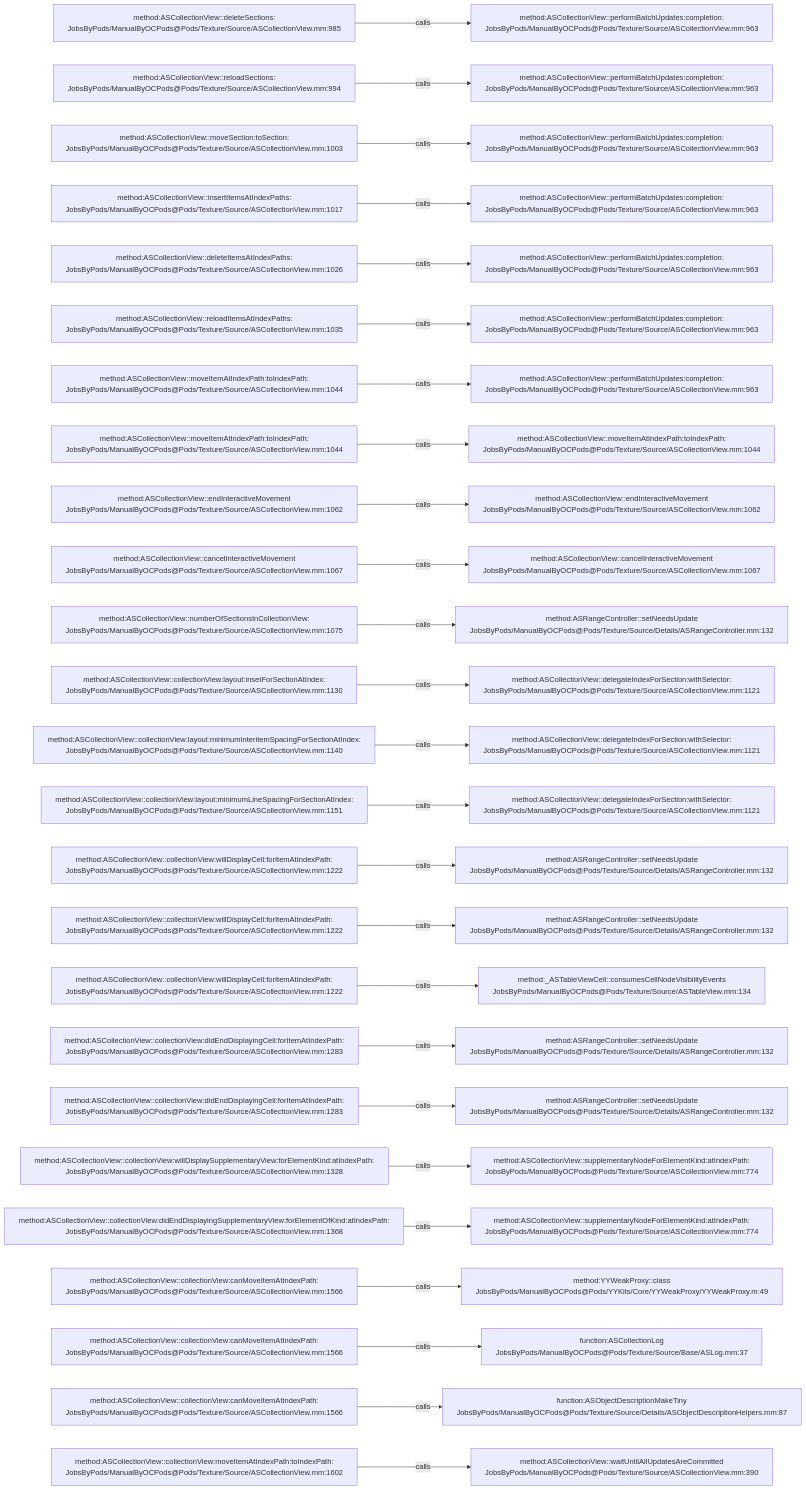
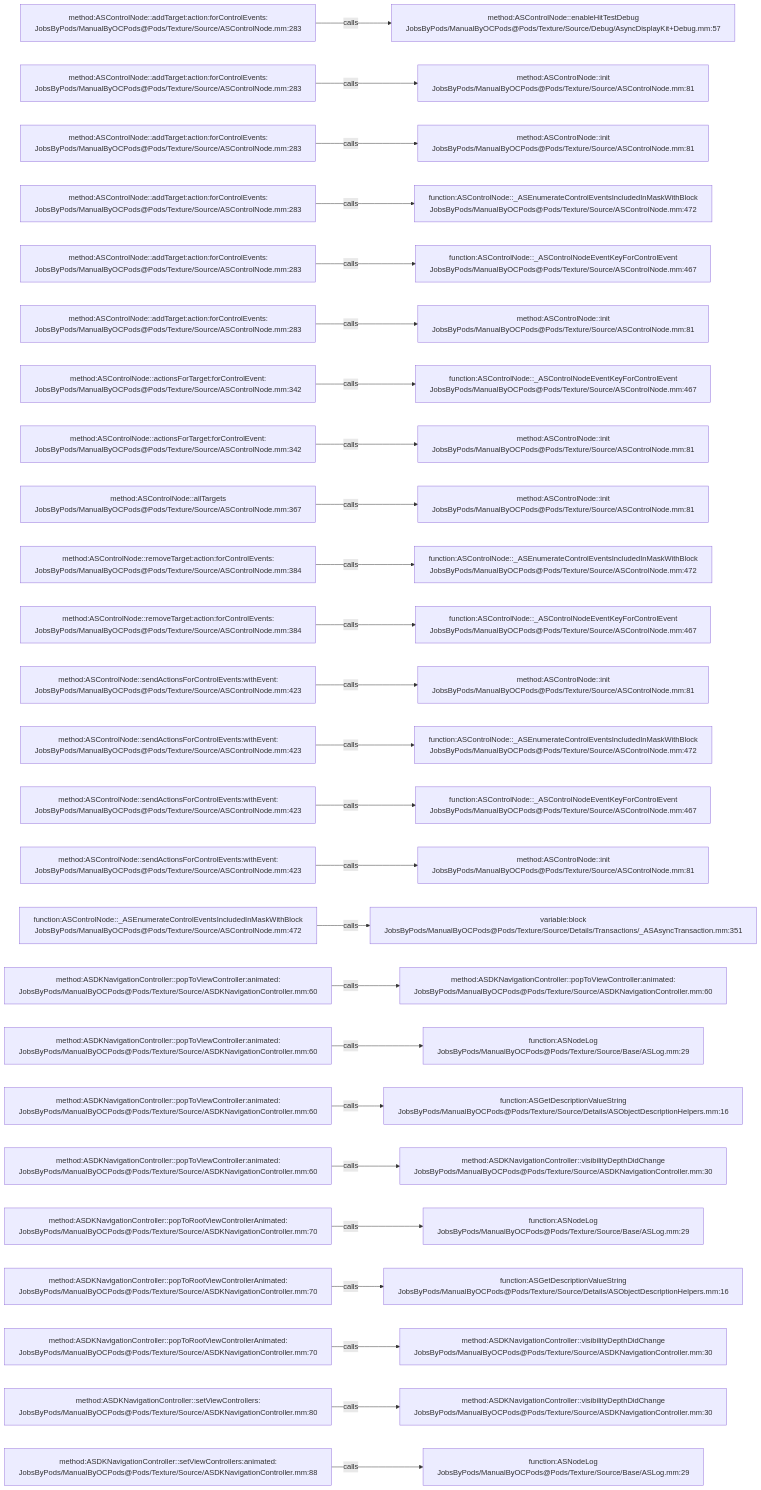
One commit to JobsKits/JobsOCBaseConfigDemo changed the diagram in .codegraph/codegraph.md/graphs/calls-089.md. Above: the diagram before and after it, drawn with Mermaid. The commit also changed 1223 other files, not shown here.

````diff
--- a/.codegraph/codegraph.md/graphs/calls-089.md
+++ b/.codegraph/codegraph.md/graphs/calls-089.md
@@ -13,78 +13,78 @@
 ```mermaid
 flowchart LR
-  S1["method:ASCollectionView::deleteSections:<br/>JobsByPods/ManualByOCPods@Pods/Texture/Source/ASCollectionView.mm:985"]
-  T1["method:ASCollectionView::performBatchUpdates:completion:<br/>JobsByPods/ManualByOCPods@Pods/Texture/Source/ASCollectionView.mm:963"]
+  S1["method:ASControlNode::addTarget:action:forControlEvents:<br/>JobsByPods/ManualByOCPods@Pods/Texture/Source/ASControlNode.mm:283"]
+  T1["method:ASControlNode::enableHitTestDebug<br/>JobsByPods/ManualByOCPods@Pods/Texture/Source/Debug/AsyncDisplayKit+Debug.mm:57"]
   S1 -->|calls| T1
-  S2["method:ASCollectionView::reloadSections:<br/>JobsByPods/ManualByOCPods@Pods/Texture/Source/ASCollectionView.mm:994"]
-  T2["method:ASCollectionView::performBatchUpdates:completion:<br/>JobsByPods/ManualByOCPods@Pods/Texture/Source/ASCollectionView.mm:963"]
+  S2["method:ASControlNode::addTarget:action:forControlEvents:<br/>JobsByPods/ManualByOCPods@Pods/Texture/Source/ASControlNode.mm:283"]
+  T2["method:ASControlNode::init<br/>JobsByPods/ManualByOCPods@Pods/Texture/Source/ASControlNode.mm:81"]
   S2 -->|calls| T2
-  S3["method:ASCollectionView::moveSection:toSection:<br/>JobsByPods/ManualByOCPods@Pods/Texture/Source/ASCollectionView.mm:1003"]
-  T3["method:ASCollectionView::performBatchUpdates:completion:<br/>JobsByPods/ManualByOCPods@Pods/Texture/Source/ASCollectionView.mm:963"]
+  S3["method:ASControlNode::addTarget:action:forControlEvents:<br/>JobsByPods/ManualByOCPods@Pods/Texture/Source/ASControlNode.mm:283"]
+  T3["method:ASControlNode::init<br/>JobsByPods/ManualByOCPods@Pods/Texture/Source/ASControlNode.mm:81"]
   S3 -->|calls| T3
-  S4["method:ASCollectionView::insertItemsAtIndexPaths:<br/>JobsByPods/ManualByOCPods@Pods/Texture/Source/ASCollectionView.mm:1017"]
-  T4["method:ASCollectionView::performBatchUpdates:completion:<br/>JobsByPods/ManualByOCPods@Pods/Texture/Source/ASCollectionView.mm:963"]
+  S4["method:ASControlNode::addTarget:action:forControlEvents:<br/>JobsByPods/ManualByOCPods@Pods/Texture/Source/ASControlNode.mm:283"]
+  T4["function:ASControlNode::_ASEnumerateControlEventsIncludedInMaskWithBlock<br/>JobsByPods/ManualByOCPods@Pods/Texture/Source/ASControlNode.mm:472"]
   S4 -->|calls| T4
-  S5["method:ASCollectionView::deleteItemsAtIndexPaths:<br/>JobsByPods/ManualByOCPods@Pods/Texture/Source/ASCollectionView.mm:1026"]
-  T5["method:ASCollectionView::performBatchUpdates:completion:<br/>JobsByPods/ManualByOCPods@Pods/Texture/Source/ASCollectionView.mm:963"]
+  S5["method:ASControlNode::addTarget:action:forControlEvents:<br/>JobsByPods/ManualByOCPods@Pods/Texture/Source/ASControlNode.mm:283"]
+  T5["function:ASControlNode::_ASControlNodeEventKeyForControlEvent<br/>JobsByPods/ManualByOCPods@Pods/Texture/Source/ASControlNode.mm:467"]
   S5 -->|calls| T5
-  S6["method:ASCollectionView::reloadItemsAtIndexPaths:<br/>JobsByPods/ManualByOCPods@Pods/Texture/Source/ASCollectionView.mm:1035"]
-  T6["method:ASCollectionView::performBatchUpdates:completion:<br/>JobsByPods/ManualByOCPods@Pods/Texture/Source/ASCollectionView.mm:963"]
+  S6["method:ASControlNode::addTarget:action:forControlEvents:<br/>JobsByPods/ManualByOCPods@Pods/Texture/Source/ASControlNode.mm:283"]
+  T6["method:ASControlNode::init<br/>JobsByPods/ManualByOCPods@Pods/Texture/Source/ASControlNode.mm:81"]
   S6 -->|calls| T6
-  S7["method:ASCollectionView::moveItemAtIndexPath:toIndexPath:<br/>JobsByPods/ManualByOCPods@Pods/Texture/Source/ASCollectionView.mm:1044"]
-  T7["method:ASCollectionView::performBatchUpdates:completion:<br/>JobsByPods/ManualByOCPods@Pods/Texture/Source/ASCollectionView.mm:963"]
+  S7["method:ASControlNode::actionsForTarget:forControlEvent:<br/>JobsByPods/ManualByOCPods@Pods/Texture/Source/ASControlNode.mm:342"]
+  T7["function:ASControlNode::_ASControlNodeEventKeyForControlEvent<br/>JobsByPods/ManualByOCPods@Pods/Texture/Source/ASControlNode.mm:467"]
   S7 -->|calls| T7
-  S8["method:ASCollectionView::moveItemAtIndexPath:toIndexPath:<br/>JobsByPods/ManualByOCPods@Pods/Texture/Source/ASCollectionView.mm:1044"]
-  T8["method:ASCollectionView::moveItemAtIndexPath:toIndexPath:<br/>JobsByPods/ManualByOCPods@Pods/Texture/Source/ASCollectionView.mm:1044"]
+  S8["method:ASControlNode::actionsForTarget:forControlEvent:<br/>JobsByPods/ManualByOCPods@Pods/Texture/Source/ASControlNode.mm:342"]
+  T8["method:ASControlNode::init<br/>JobsByPods/ManualByOCPods@Pods/Texture/Source/ASControlNode.mm:81"]
   S8 -->|calls| T8
-  S9["method:ASCollectionView::endInteractiveMovement<br/>JobsByPods/ManualByOCPods@Pods/Texture/Source/ASCollectionView.mm:1062"]
-  T9["method:ASCollectionView::endInteractiveMovement<br/>JobsByPods/ManualByOCPods@Pods/Texture/Source/ASCollectionView.mm:1062"]
+  S9["method:ASControlNode::allTargets<br/>JobsByPods/ManualByOCPods@Pods/Texture/Source/ASControlNode.mm:367"]
+  T9["method:ASControlNode::init<br/>JobsByPods/ManualByOCPods@Pods/Texture/Source/ASControlNode.mm:81"]
   S9 -->|calls| T9
-  S10["method:ASCollectionView::cancelInteractiveMovement<br/>JobsByPods/ManualByOCPods@Pods/Texture/Source/ASCollectionView.mm:1067"]
-  T10["method:ASCollectionView::cancelInteractiveMovement<br/>JobsByPods/ManualByOCPods@Pods/Texture/Source/ASCollectionView.mm:1067"]
+  S10["method:ASControlNode::removeTarget:action:forControlEvents:<br/>JobsByPods/ManualByOCPods@Pods/Texture/Source/ASControlNode.mm:384"]
+  T10["function:ASControlNode::_ASEnumerateControlEventsIncludedInMaskWithBlock<br/>JobsByPods/ManualByOCPods@Pods/Texture/Source/ASControlNode.mm:472"]
   S10 -->|calls| T10
-  S11["method:ASCollectionView::numberOfSectionsInCollectionView:<br/>JobsByPods/ManualByOCPods@Pods/Texture/Source/ASCollectionView.mm:1075"]
-  T11["method:ASRangeController::setNeedsUpdate<br/>JobsByPods/ManualByOCPods@Pods/Texture/Source/Details/ASRangeController.mm:132"]
+  S11["method:ASControlNode::removeTarget:action:forControlEvents:<br/>JobsByPods/ManualByOCPods@Pods/Texture/Source/ASControlNode.mm:384"]
+  T11["function:ASControlNode::_ASControlNodeEventKeyForControlEvent<br/>JobsByPods/ManualByOCPods@Pods/Texture/Source/ASControlNode.mm:467"]
   S11 -->|calls| T11
-  S12["method:ASCollectionView::collectionView:layout:insetForSectionAtIndex:<br/>JobsByPods/ManualByOCPods@Pods/Texture/Source/ASCollectionView.mm:1130"]
-  T12["method:ASCollectionView::delegateIndexForSection:withSelector:<br/>JobsByPods/ManualByOCPods@Pods/Texture/Source/ASCollectionView.mm:1121"]
+  S12["method:ASControlNode::sendActionsForControlEvents:withEvent:<br/>JobsByPods/ManualByOCPods@Pods/Texture/Source/ASControlNode.mm:423"]
+  T12["method:ASControlNode::init<br/>JobsByPods/ManualByOCPods@Pods/Texture/Source/ASControlNode.mm:81"]
   S12 -->|calls| T12
-  S13["method:ASCollectionView::collectionView:layout:minimumInteritemSpacingForSectionAtIndex:<br/>JobsByPods/ManualByOCPods@Pods/Texture/Source/ASCollectionView.mm:1140"]
-  T13["method:ASCollectionView::delegateIndexForSection:withSelector:<br/>JobsByPods/ManualByOCPods@Pods/Texture/Source/ASCollectionView.mm:1121"]
+  S13["method:ASControlNode::sendActionsForControlEvents:withEvent:<br/>JobsByPods/ManualByOCPods@Pods/Texture/Source/ASControlNode.mm:423"]
+  T13["function:ASControlNode::_ASEnumerateControlEventsIncludedInMaskWithBlock<br/>JobsByPods/ManualByOCPods@Pods/Texture/Source/ASControlNode.mm:472"]
   S13 -->|calls| T13
-  S14["method:ASCollectionView::collectionView:layout:minimumLineSpacingForSectionAtIndex:<br/>JobsByPods/ManualByOCPods@Pods/Texture/Source/ASCollectionView.mm:1151"]
-  T14["method:ASCollectionView::delegateIndexForSection:withSelector:<br/>JobsByPods/ManualByOCPods@Pods/Texture/Source/ASCollectionView.mm:1121"]
+  S14["method:ASControlNode::sendActionsForControlEvents:withEvent:<br/>JobsByPods/ManualByOCPods@Pods/Texture/Source/ASControlNode.mm:423"]
+  T14["function:ASControlNode::_ASControlNodeEventKeyForControlEvent<br/>JobsByPods/ManualByOCPods@Pods/Texture/Source/ASControlNode.mm:467"]
   S14 -->|calls| T14
-  S15["method:ASCollectionView::collectionView:willDisplayCell:forItemAtIndexPath:<br/>JobsByPods/ManualByOCPods@Pods/Texture/Source/ASCollectionView.mm:1222"]
-  T15["method:ASRangeController::setNeedsUpdate<br/>JobsByPods/ManualByOCPods@Pods/Texture/Source/Details/ASRangeController.mm:132"]
+  S15["method:ASControlNode::sendActionsForControlEvents:withEvent:<br/>JobsByPods/ManualByOCPods@Pods/Texture/Source/ASControlNode.mm:423"]
+  T15["method:ASControlNode::init<br/>JobsByPods/ManualByOCPods@Pods/Texture/Source/ASControlNode.mm:81"]
   S15 -->|calls| T15
-  S16["method:ASCollectionView::collectionView:willDisplayCell:forItemAtIndexPath:<br/>JobsByPods/ManualByOCPods@Pods/Texture/Source/ASCollectionView.mm:1222"]
-  T16["method:ASRangeController::setNeedsUpdate<br/>JobsByPods/ManualByOCPods@Pods/Texture/Source/Details/ASRangeController.mm:132"]
+  S16["function:ASControlNode::_ASEnumerateControlEventsIncludedInMaskWithBlock<br/>JobsByPods/ManualByOCPods@Pods/Texture/Source/ASControlNode.mm:472"]
+  T16["variable:block<br/>JobsByPods/ManualByOCPods@Pods/Texture/Source/Details/Transactions/_ASAsyncTransaction.mm:351"]
   S16 -->|calls| T16
-  S17["method:ASCollectionView::collectionView:willDisplayCell:forItemAtIndexPath:<br/>JobsByPods/ManualByOCPods@Pods/Texture/Source/ASCollectionView.mm:1222"]
-  T17["method:_ASTableViewCell::consumesCellNodeVisibilityEvents<br/>JobsByPods/ManualByOCPods@Pods/Texture/Source/ASTableView.mm:134"]
+  S17["method:ASDKNavigationController::popToViewController:animated:<br/>JobsByPods/ManualByOCPods@Pods/Texture/Source/ASDKNavigationController.mm:60"]
+  T17["method:ASDKNavigationController::popToViewController:animated:<br/>JobsByPods/ManualByOCPods@Pods/Texture/Source/ASDKNavigationController.mm:60"]
   S17 -->|calls| T17
-  S18["method:ASCollectionView::collectionView:didEndDisplayingCell:forItemAtIndexPath:<br/>JobsByPods/ManualByOCPods@Pods/Texture/Source/ASCollectionView.mm:1283"]
-  T18["method:ASRangeController::setNeedsUpdate<br/>JobsByPods/ManualByOCPods@Pods/Texture/Source/Details/ASRangeController.mm:132"]
+  S18["method:ASDKNavigationController::popToViewController:animated:<br/>JobsByPods/ManualByOCPods@Pods/Texture/Source/ASDKNavigationController.mm:60"]
+  T18["function:ASNodeLog<br/>JobsByPods/ManualByOCPods@Pods/Texture/Source/Base/ASLog.mm:29"]
   S18 -->|calls| T18
-  S19["method:ASCollectionView::collectionView:didEndDisplayingCell:forItemAtIndexPath:<br/>JobsByPods/ManualByOCPods@Pods/Texture/Source/ASCollectionView.mm:1283"]
-  T19["method:ASRangeController::setNeedsUpdate<br/>JobsByPods/ManualByOCPods@Pods/Texture/Source/Details/ASRangeController.mm:132"]
+  S19["method:ASDKNavigationController::popToViewController:animated:<br/>JobsByPods/ManualByOCPods@Pods/Texture/Source/ASDKNavigationController.mm:60"]
+  T19["function:ASGetDescriptionValueString<br/>JobsByPods/ManualByOCPods@Pods/Texture/Source/Details/ASObjectDescriptionHelpers.mm:16"]
   S19 -->|calls| T19
-  S20["method:ASCollectionView::collectionView:willDisplaySupplementaryView:forElementKind:atIndexPath:<br/>JobsByPods/ManualByOCPods@Pods/Texture/Source/ASCollectionView.mm:1328"]
-  T20["method:ASCollectionView::supplementaryNodeForElementKind:atIndexPath:<br/>JobsByPods/ManualByOCPods@Pods/Texture/Source/ASCollectionView.mm:774"]
+  S20["method:ASDKNavigationController::popToViewController:animated:<br/>JobsByPods/ManualByOCPods@Pods/Texture/Source/ASDKNavigationController.mm:60"]
+  T20["method:ASDKNavigationController::visibilityDepthDidChange<br/>JobsByPods/ManualByOCPods@Pods/Texture/Source/ASDKNavigationController.mm:30"]
   S20 -->|calls| T20
-  S21["method:ASCollectionView::collectionView:didEndDisplayingSupplementaryView:forElementOfKind:atIndexPath:<br/>JobsByPods/ManualByOCPods@Pods/Texture/Source/ASCollectionView.mm:1368"]
-  T21["method:ASCollectionView::supplementaryNodeForElementKind:atIndexPath:<br/>JobsByPods/ManualByOCPods@Pods/Texture/Source/ASCollectionView.mm:774"]
+  S21["method:ASDKNavigationController::popToRootViewControllerAnimated:<br/>JobsByPods/ManualByOCPods@Pods/Texture/Source/ASDKNavigationController.mm:70"]
+  T21["function:ASNodeLog<br/>JobsByPods/ManualByOCPods@Pods/Texture/Source/Base/ASLog.mm:29"]
   S21 -->|calls| T21
-  S22["method:ASCollectionView::collectionView:canMoveItemAtIndexPath:<br/>JobsByPods/ManualByOCPods@Pods/Texture/Source/ASCollectionView.mm:1566"]
-  T22["method:YYWeakProxy::class<br/>JobsByPods/ManualByOCPods@Pods/YYKits/Core/YYWeakProxy/YYWeakProxy.m:49"]
+  S22["method:ASDKNavigationController::popToRootViewControllerAnimated:<br/>JobsByPods/ManualByOCPods@Pods/Texture/Source/ASDKNavigationController.mm:70"]
+  T22["function:ASGetDescriptionValueString<br/>JobsByPods/ManualByOCPods@Pods/Texture/Source/Details/ASObjectDescriptionHelpers.mm:16"]
   S22 -->|calls| T22
-  S23["method:ASCollectionView::collectionView:canMoveItemAtIndexPath:<br/>JobsByPods/ManualByOCPods@Pods/Texture/Source/ASCollectionView.mm:1566"]
-  T23["function:ASCollectionLog<br/>JobsByPods/ManualByOCPods@Pods/Texture/Source/Base/ASLog.mm:37"]
+  S23["method:ASDKNavigationController::popToRootViewControllerAnimated:<br/>JobsByPods/ManualByOCPods@Pods/Texture/Source/ASDKNavigationController.mm:70"]
+  T23["method:ASDKNavigationController::visibilityDepthDidChange<br/>JobsByPods/ManualByOCPods@Pods/Texture/Source/ASDKNavigationController.mm:30"]
   S23 -->|calls| T23
-  S24["method:ASCollectionView::collectionView:canMoveItemAtIndexPath:<br/>JobsByPods/ManualByOCPods@Pods/Texture/Source/ASCollectionView.mm:1566"]
-  T24["function:ASObjectDescriptionMakeTiny<br/>JobsByPods/ManualByOCPods@Pods/Texture/Source/Details/ASObjectDescriptionHelpers.mm:87"]
+  S24["method:ASDKNavigationController::setViewControllers:<br/>JobsByPods/ManualByOCPods@Pods/Texture/Source/ASDKNavigationController.mm:80"]
+  T24["method:ASDKNavigationController::visibilityDepthDidChange<br/>JobsByPods/ManualByOCPods@Pods/Texture/Source/ASDKNavigationController.mm:30"]
   S24 -->|calls| T24
-  S25["method:ASCollectionView::collectionView:moveItemAtIndexPath:toIndexPath:<br/>JobsByPods/ManualByOCPods@Pods/Texture/Source/ASCollectionView.mm:1602"]
-  T25["method:ASCollectionView::waitUntilAllUpdatesAreCommitted<br/>JobsByPods/ManualByOCPods@Pods/Texture/Source/ASCollectionView.mm:390"]
+  S25["method:ASDKNavigationController::setViewControllers:animated:<br/>JobsByPods/ManualByOCPods@Pods/Texture/Source/ASDKNavigationController.mm:88"]
+  T25["function:ASNodeLog<br/>JobsByPods/ManualByOCPods@Pods/Texture/Source/Base/ASLog.mm:29"]
   S25 -->|calls| T25
 ```
````
